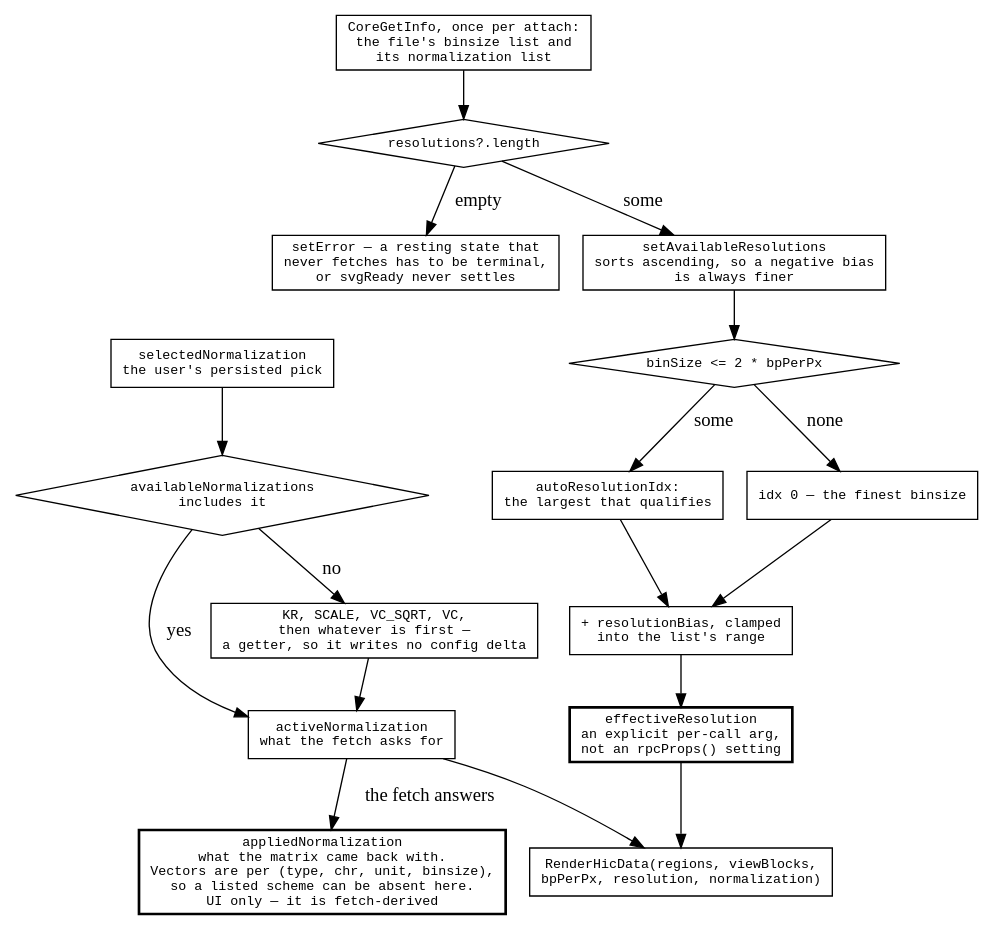
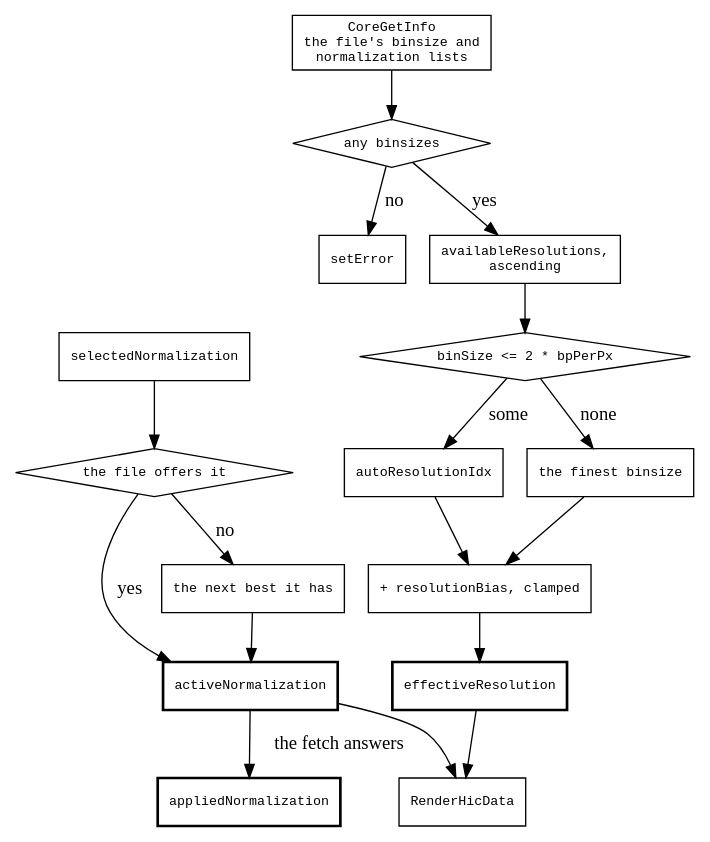
The diagram in agent-docs/mechanisms/diagrams/hic-request.dot (GMOD/jbrowse-components), drawn with Graphviz before and after one commit. The commit also changed 16 other files, not shown here.

```diff
--- a/agent-docs/mechanisms/diagrams/hic-request.dot
+++ b/agent-docs/mechanisms/diagrams/hic-request.dot
@@ -1,40 +1,40 @@
 digraph hic_request {
   rankdir=TB
   node [shape=box fontname=monospace fontsize=10]
   { node [shape=diamond] listed; qualifies; offered }
 
-  header [label="CoreGetInfo, once per attach:\nthe file's binsize list and\nits normalization list"]
-  listed [label="resolutions?.length"]
+  header [label="CoreGetInfo\nthe file's binsize and\nnormalization lists"]
+  listed [label="any binsizes"]
   header -> listed
-  listed -> terminal [label=" empty"]
-  listed -> sorted   [label=" some"]
-  terminal [label="setError — a resting state that\nnever fetches has to be terminal,\nor svgReady never settles"]
-  sorted [label="setAvailableResolutions\nsorts ascending, so a negative bias\nis always finer"]
+  listed -> terminal [label=" no"]
+  listed -> sorted   [label=" yes"]
+  terminal [label="setError"]
+  sorted [label="availableResolutions,\nascending"]
 
   qualifies [label="binSize <= 2 * bpPerPx"]
   sorted -> qualifies
-  qualifies -> auto [label=" some"]
+  qualifies -> auto   [label=" some"]
   qualifies -> finest [label=" none"]
-  auto   [label="autoResolutionIdx:\nthe largest that qualifies"]
-  finest [label="idx 0 — the finest binsize"]
+  auto   [label="autoResolutionIdx"]
+  finest [label="the finest binsize"]
 
-  bias [label="+ resolutionBias, clamped\ninto the list's range"]
+  bias [label="+ resolutionBias, clamped"]
   auto -> bias  finest -> bias
   bias -> effective
-  effective [label="effectiveResolution\nan explicit per-call arg,\nnot an rpcProps() setting", style=bold]
+  effective [label="effectiveResolution", style=bold]
 
-  selected [label="selectedNormalization\nthe user's persisted pick"]
-  offered [label="availableNormalizations\nincludes it"]
+  selected [label="selectedNormalization"]
+  offered [label="the file offers it"]
   selected -> offered
   offered -> active   [label=" yes"]
   offered -> nextBest [label=" no"]
-  active   [label="activeNormalization\nwhat the fetch asks for"]
-  nextBest [label="KR, SCALE, VC_SQRT, VC,\nthen whatever is first —\na getter, so it writes no config delta"]
+  nextBest [label="the next best it has"]
+  active   [label="activeNormalization", style=bold]
   nextBest -> active
 
-  applied [label="appliedNormalization\nwhat the matrix came back with.\nVectors are per (type, chr, unit, binsize),\nso a listed scheme can be absent here.\nUI only — it is fetch-derived", style=bold]
+  applied [label="appliedNormalization", style=bold]
   active -> applied [label=" the fetch answers"]
 
-  call [label="RenderHicData(regions, viewBlocks,\nbpPerPx, resolution, normalization)"]
+  call [label="RenderHicData"]
   effective -> call  active -> call
 }
```
